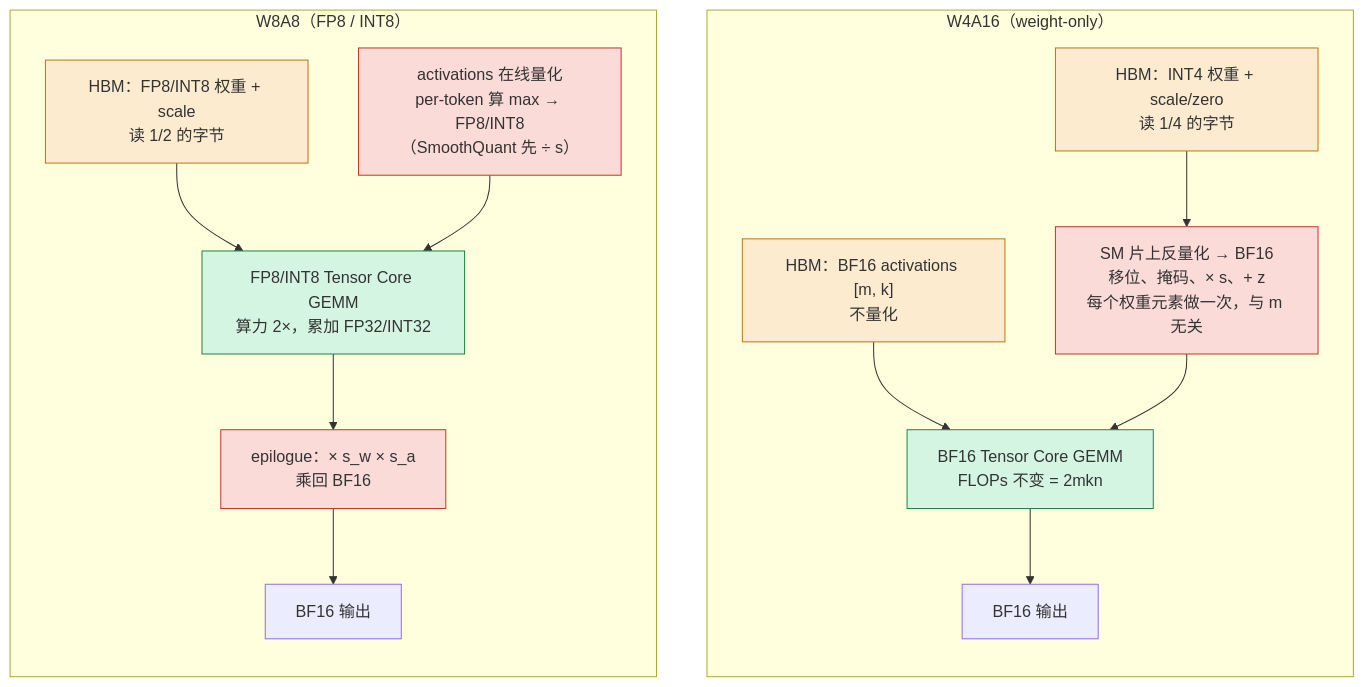
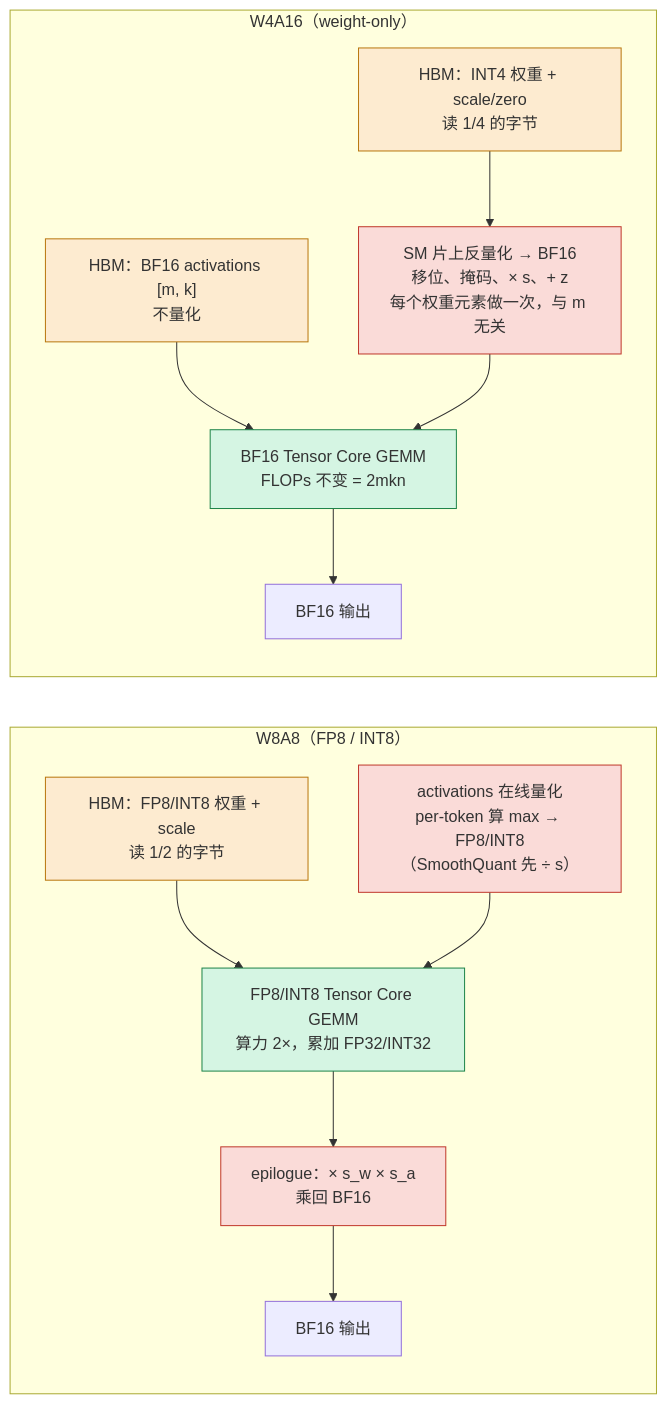
One commit to arganzheng/arganzheng.github.com changed the first of 3 diagrams in _posts/2026-04-08-quantization-speculative-decoding-and-lora.md. Above: the diagram before and after it, drawn with Mermaid. The commit also changed other lines of this file and 9 other files, not shown here.

````diff
--- a/_posts/2026-04-08-quantization-speculative-decoding-and-lora.md
+++ b/_posts/2026-04-08-quantization-speculative-decoding-and-lora.md
@@ -284,23 +286,24 @@
 ```mermaid
 flowchart TB
     subgraph w4["W4A16（weight-only）"]
         direction TB
         h4["HBM：INT4 权重 + scale/zero<br/>读 1/4 的字节"] --> dq["SM 片上反量化 → BF16<br/>移位、掩码、× s、+ z<br/>每个权重元素做一次，与 m 无关"]
         a4["HBM：BF16 activations #91;m, k#93;<br/>不量化"] --> tc4["BF16 Tensor Core GEMM<br/>FLOPs 不变 = 2mkn"]
         dq --> tc4
         tc4 --> o4["BF16 输出"]
     end
     subgraph w8["W8A8（FP8 / INT8）"]
         direction TB
         h8["HBM：FP8/INT8 权重 + scale<br/>读 1/2 的字节"] --> tc8["FP8/INT8 Tensor Core GEMM<br/>算力 2×，累加 FP32/INT32"]
         a8["activations 在线量化<br/>per-token 算 max → FP8/INT8<br/>（SmoothQuant 先 ÷ s）"] --> tc8
         tc8 --> ep["epilogue：× s_w × s_a<br/>乘回 BF16"]
         ep --> o8["BF16 输出"]
     end
+    w4 ~~~ w8
     classDef mem fill:#fdebd0,stroke:#b9770e;
     classDef cvt fill:#fadbd8,stroke:#c0392b;
     classDef tc fill:#d5f5e3,stroke:#1e8449;
     class h4,a4,h8 mem;
     class dq,a8,ep cvt;
     class tc4,tc8 tc;
 ```
````
